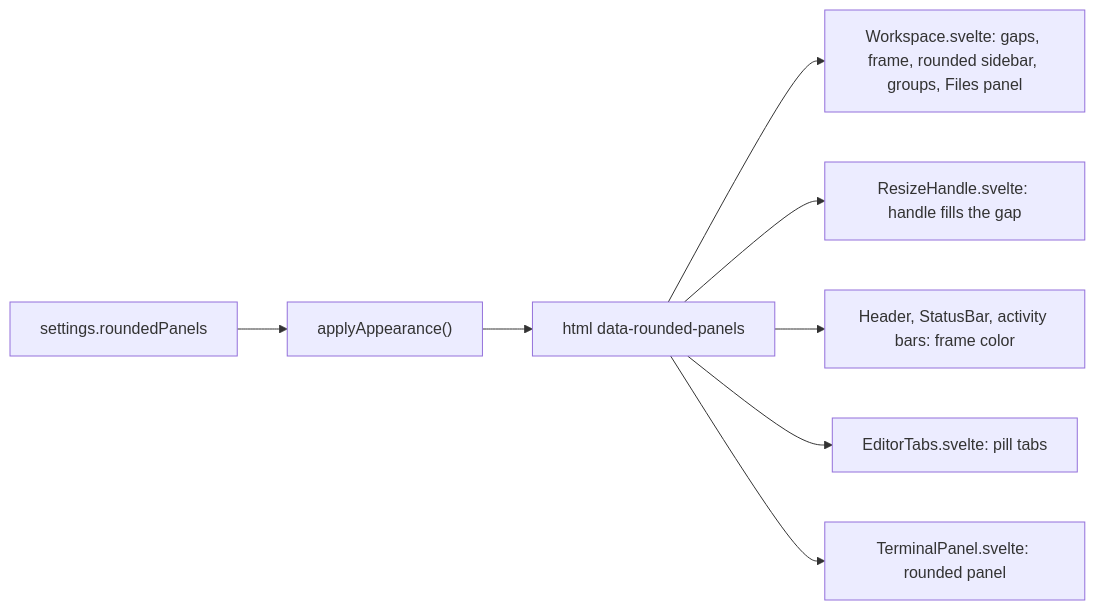
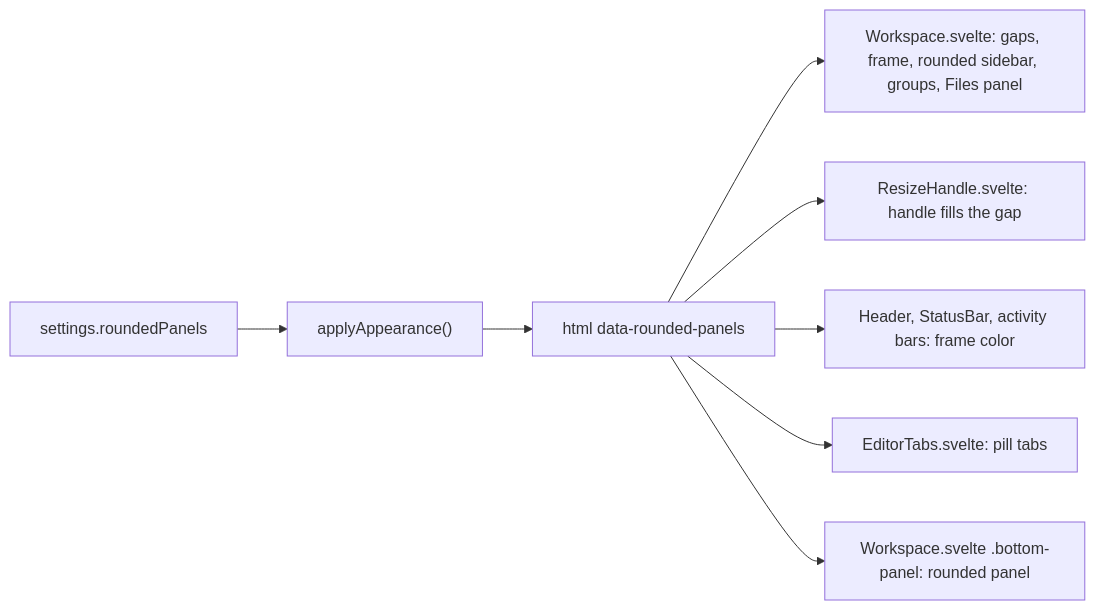
Before and after one commit to shibbirweb/git-manager: the first of 2 diagrams in docs/wiki/developer/How-Rounded-Panels-Work.md, drawn with Mermaid. The commit also changed other lines of this file and 40 other files, not shown here.

Commit message:
feat:[GM-104] terminal panel migrated onto the UI library; stacked SplitPane drags the right way

````diff
--- a/docs/wiki/developer/How-Rounded-Panels-Work.md
+++ b/docs/wiki/developer/How-Rounded-Panels-Work.md
@@ -13,10 +13,10 @@
 ```mermaid
 flowchart LR
   S["settings.roundedPanels"] --> A["applyAppearance()"]
   A --> H["html data-rounded-panels"]
   H --> W["Workspace.svelte: gaps, frame, rounded sidebar, groups, Files panel"]
   H --> R["ResizeHandle.svelte: handle fills the gap"]
   H --> F["Header, StatusBar, activity bars: frame color"]
   H --> T["EditorTabs.svelte: pill tabs"]
-  H --> P["TerminalPanel.svelte: rounded panel"]
+  H --> P["Workspace.svelte .bottom-panel: rounded panel"]
 ```
````
